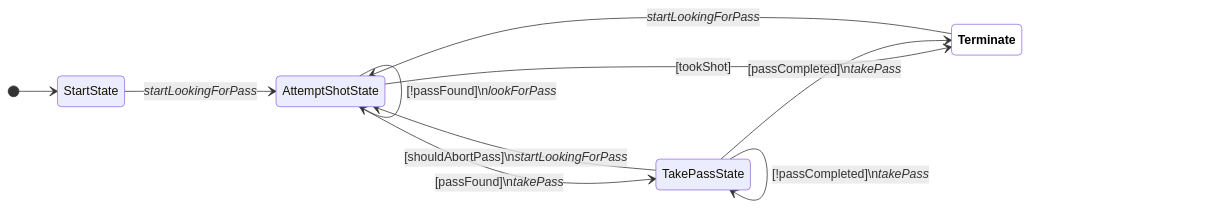
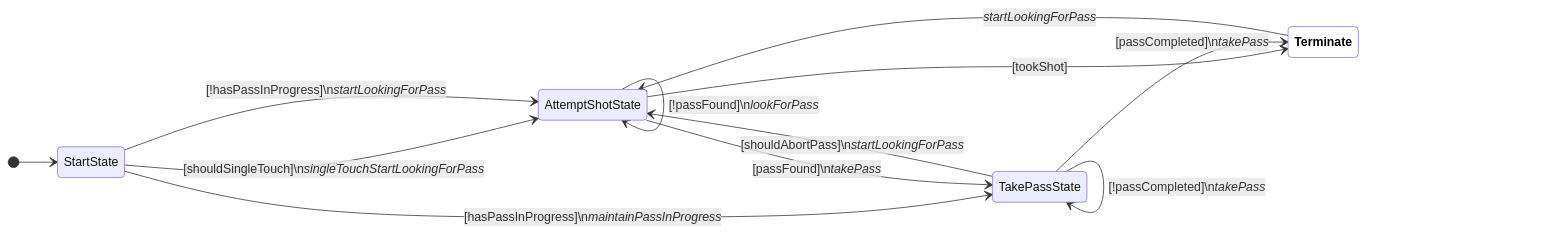
Before and after one commit to UBC-Thunderbots/Software: the fourth of 18 diagrams in docs/fsm-diagrams.md, drawn with Mermaid. The commit also changed other lines of this file, not shown here.

Commit message:
Update fsm diagrams

````diff
--- a/docs/fsm-diagrams.md
+++ b/docs/fsm-diagrams.md
@@ -58,16 +58,18 @@
 ```mermaid
 
 stateDiagram-v2
 classDef terminate fill:white,color:black,font-weight:bold
 direction LR
 [*] --> StartState
-StartState --> AttemptShotState : <i>startLookingForPass</i>
+StartState --> AttemptShotState : [shouldSingleTouch]\n<i>singleTouchStartLookingForPass</i>
+StartState --> AttemptShotState : [!hasPassInProgress]\n<i>startLookingForPass</i>
+StartState --> TakePassState : [hasPassInProgress]\n<i>maintainPassInProgress</i>
 AttemptShotState --> TakePassState : [passFound]\n<i>takePass</i>
 AttemptShotState --> Terminate:::terminate : [tookShot]
 AttemptShotState --> AttemptShotState : [!passFound]\n<i>lookForPass</i>
 TakePassState --> AttemptShotState : [shouldAbortPass]\n<i>startLookingForPass</i>
 TakePassState --> TakePassState : [!passCompleted]\n<i>takePass</i>
 TakePassState --> Terminate:::terminate : [passCompleted]\n<i>takePass</i>
 Terminate:::terminate --> AttemptShotState : <i>startLookingForPass</i>
 
 ```
````
